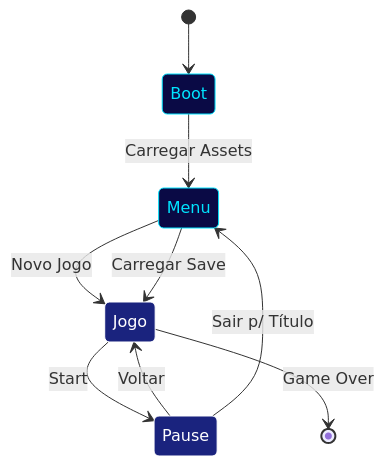
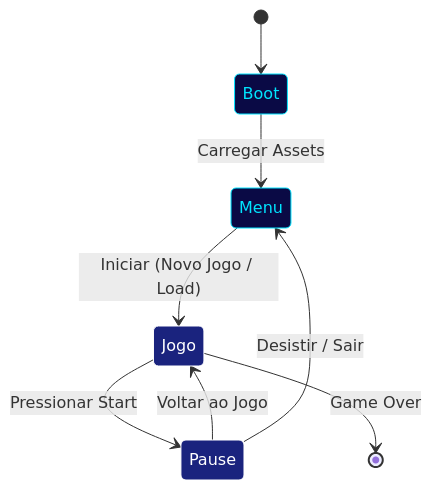
The first of 2 diagrams in docs/fluxo_dados.md (PedroQuimelo/Krone_PS2), drawn with Mermaid before and after one commit.

````diff
--- a/docs/fluxo_dados.md
+++ b/docs/fluxo_dados.md
@@ -18,20 +18,24 @@
 ```mermaid
 stateDiagram-v2
+    direction TB
+    
     [*] --> Boot
     Boot --> Menu: Carregar Assets
 
-    %% Duas formas de ir para o jogo
-    Menu --> Jogo: Novo Jogo
-    Menu --> Jogo: Carregar Save
-
-    Jogo --> Pause: Start
-    Pause --> Jogo: Voltar
-    Pause --> Menu: Sair p/ Título
+    %% AQUI ESTÁ O TRUQUE: Uma seta só para duas ações
+    Menu --> Jogo: Iniciar (Novo Jogo / Load)
+    
+    %% Fluxo de Pause limpo
+    Jogo --> Pause: Pressionar Start
+    Pause --> Jogo: Voltar ao Jogo
+    
+    %% Saídas
+    Pause --> Menu: Desistir / Sair
     Jogo --> [*]: Game Over
 
 %% --- ÁREA DE PINTURA ---
     style Boot fill:#0a0a45,color:#00e5ff,stroke:#00e5ff
     style Menu fill:#0a0a45,color:#00e5ff,stroke:#00e5ff
     style Jogo fill:#1a237e,color:#fff,stroke:#fff
     style Pause fill:#1a237e,color:#fff,stroke:#fff
 ```
````
